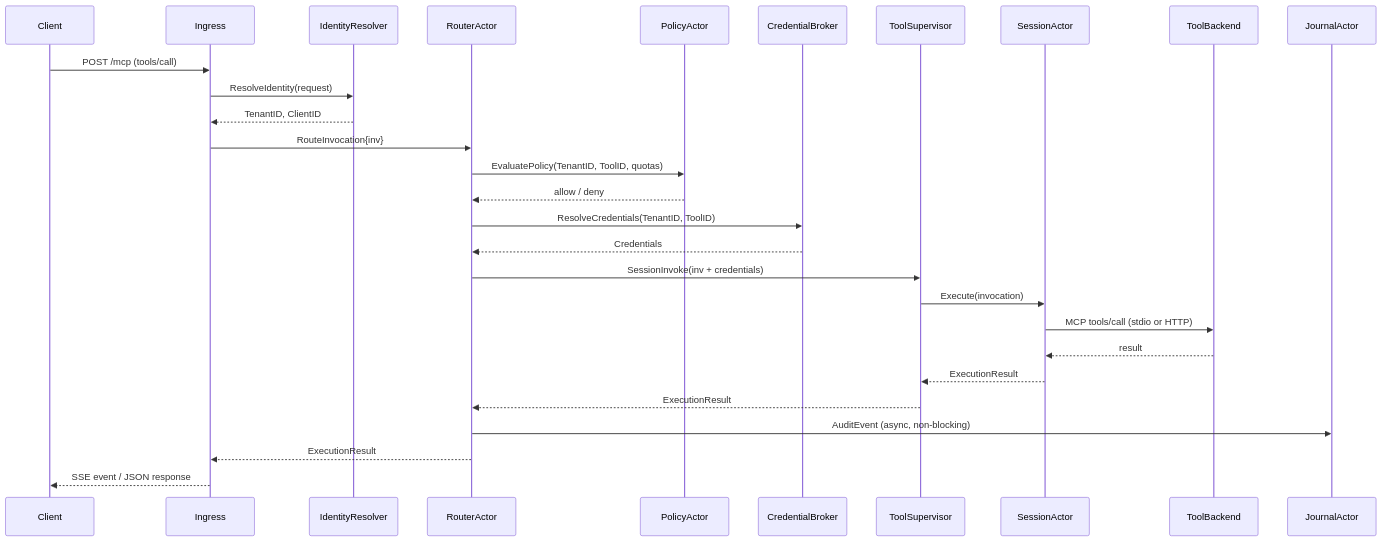
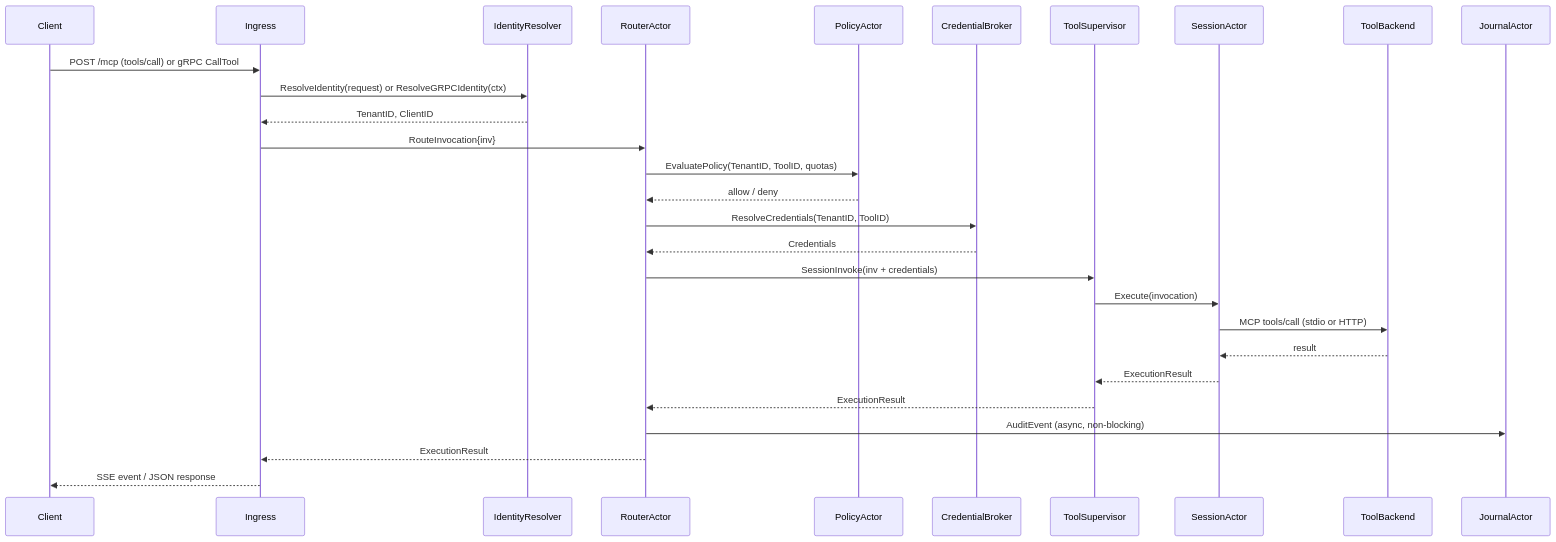
One commit to Tochemey/goakt-mcp changed the second of 4 diagrams in README.md. Above: the diagram before and after it, drawn with Mermaid. The commit also changed other lines of this file and 16 other files, not shown here.

````diff
--- a/README.md
+++ b/README.md
@@ -133,37 +134,37 @@
 ```mermaid
 sequenceDiagram
     participant Client
     participant Ingress
     participant IdentityResolver
     participant RouterActor
     participant PolicyActor
     participant CredentialBroker
     participant ToolSupervisor
     participant SessionActor
     participant ToolBackend
     participant JournalActor
 
-    Client->>Ingress: POST /mcp (tools/call)
-    Ingress->>IdentityResolver: ResolveIdentity(request)
+    Client->>Ingress: POST /mcp (tools/call) or gRPC CallTool
+    Ingress->>IdentityResolver: ResolveIdentity(request) or ResolveGRPCIdentity(ctx)
     IdentityResolver-->>Ingress: TenantID, ClientID
 
     Ingress->>RouterActor: RouteInvocation{inv}
 
     RouterActor->>PolicyActor: EvaluatePolicy(TenantID, ToolID, quotas)
     PolicyActor-->>RouterActor: allow / deny
 
     RouterActor->>CredentialBroker: ResolveCredentials(TenantID, ToolID)
     CredentialBroker-->>RouterActor: Credentials
 
     RouterActor->>ToolSupervisor: SessionInvoke(inv + credentials)
     ToolSupervisor->>SessionActor: Execute(invocation)
     SessionActor->>ToolBackend: MCP tools/call (stdio or HTTP)
     ToolBackend-->>SessionActor: result
 
     SessionActor-->>ToolSupervisor: ExecutionResult
     ToolSupervisor-->>RouterActor: ExecutionResult
     RouterActor->>JournalActor: AuditEvent (async, non-blocking)
     RouterActor-->>Ingress: ExecutionResult
 
     Ingress-->>Client: SSE event / JSON response
 ```
````
